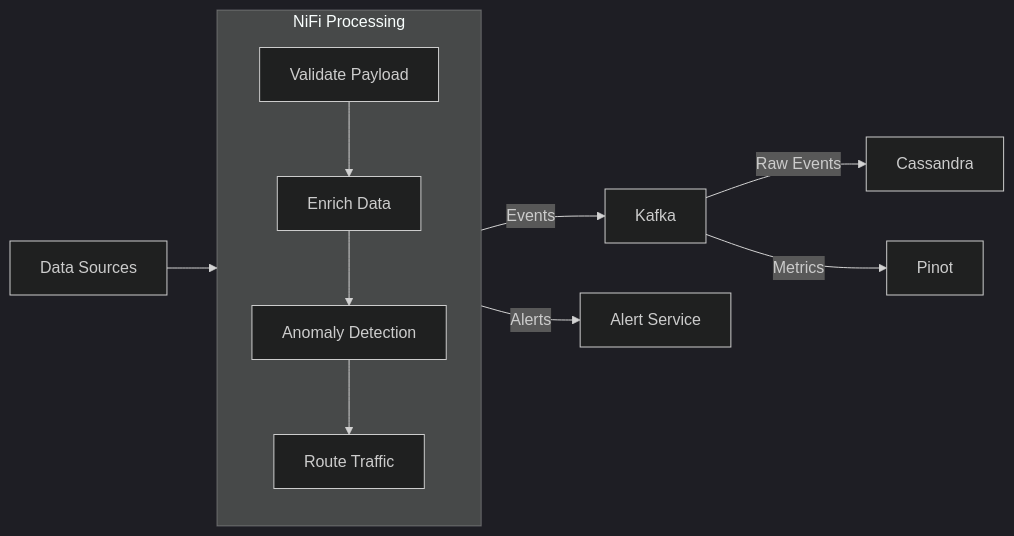
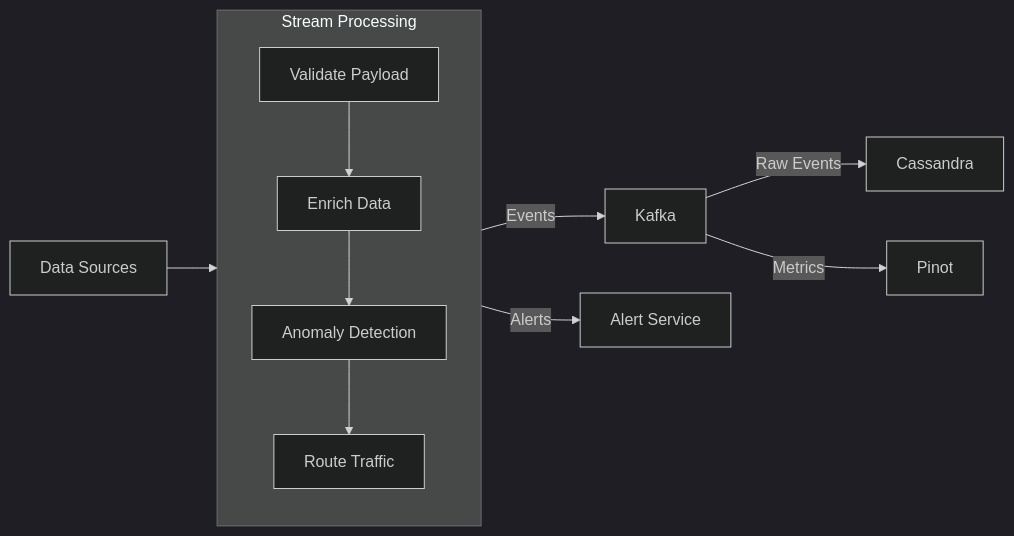
Before and after one commit to flamingo-stack/openframe-oss-tenant: the second of 2 diagrams in README.md, drawn with Mermaid (dark theme). The commit also changed other lines of this file, not shown here.

````diff
--- a/README.md
+++ b/README.md
@@ -73,17 +74,17 @@
 ```mermaid
 flowchart LR
-    Sources[Data Sources] --> NiFi
+    Sources[Data Sources] --> Stream[Stream Processing Service]
 
-    subgraph NiFi[NiFi Processing]
+    subgraph Stream[Stream Processing]
         direction TB
         VP[Validate Payload] --> ED[Enrich Data]
         ED --> AD[Anomaly Detection]
         AD --> RT[Route Traffic]
     end
 
-    NiFi --> |Events|Kafka
-    NiFi --> |Alerts|Alert[Alert Service]
+    Stream --> |Events|Kafka
+    Stream --> |Alerts|Alert[Alert Service]
 
     Kafka --> |Raw Events|Cassandra
     Kafka --> |Metrics|Pinot
 ```
````
